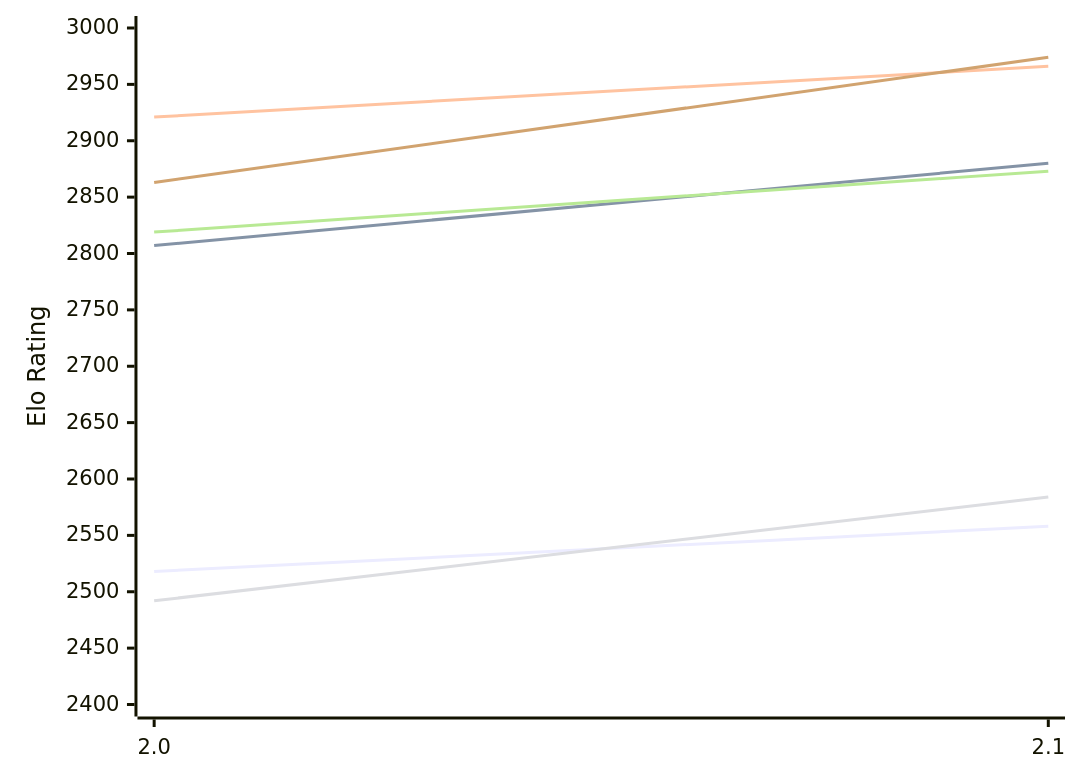
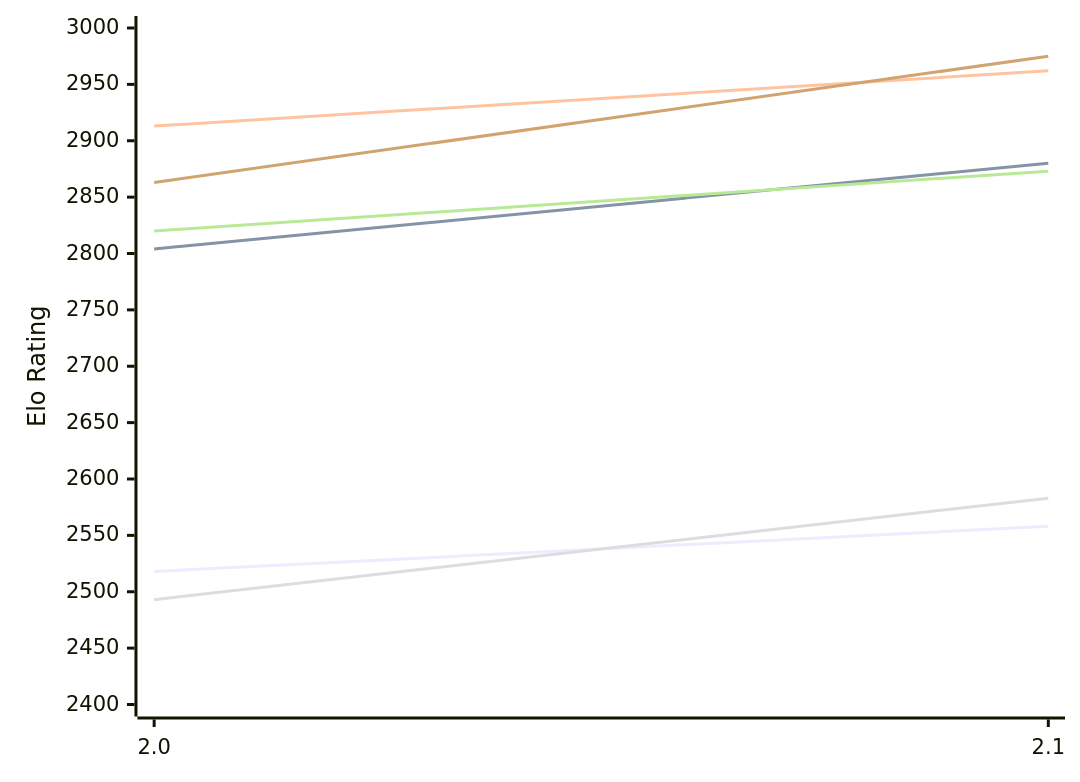
Before and after one commit to computer-chess-index/cci: the first of 2 diagrams in engines/Noggin.md, drawn with Mermaid. The commit also changed other lines of this file, not shown here.

Commit message:
Update CCI Ratings (ELO VLTC) - 2026-11-28

````diff
--- a/engines/Noggin.md
+++ b/engines/Noggin.md
@@ -50,12 +50,12 @@
 ```mermaid
 %%{init: {"theme":"base","themeVariables":{"seriesColors:['#a3a3a3','#222221','#faa371']}}}%%
 xychart-beta
   x-axis ["2.0", "2.1"]
   y-axis "Elo Rating" 2400 --> 3000
   line "E1: STC (8.0+0.08s)" [2518, 2558]
-  line "E1: LTC (60.0+0.60s)" [2807, 2880]
-  line "E1: VLTC (2m24s+1.12s)" [2921, 2966]
-  line "P1: STC (8.0+0.08s)" [2492, 2584]
-  line "P1: LTC (60.0+0.60s)" [2819, 2873]
-  line "P1: VLTC (2m24s+1.12s)" [2863, 2974]
+  line "E1: LTC (60.0+0.60s)" [2804, 2880]
+  line "E1: VLTC (2m24s+1.12s)" [2913, 2962]
+  line "P1: STC (8.0+0.08s)" [2493, 2583]
+  line "P1: LTC (60.0+0.60s)" [2820, 2873]
+  line "P1: VLTC (2m24s+1.12s)" [2863, 2975]
 ```
````
